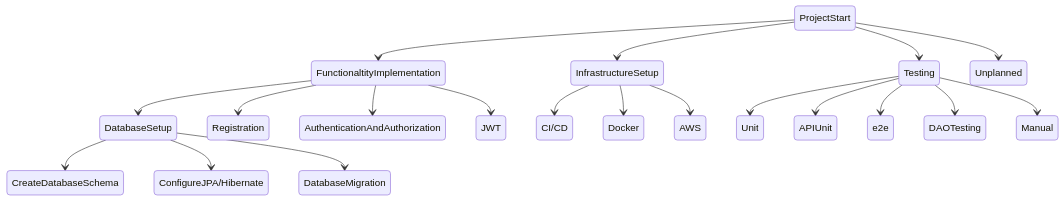
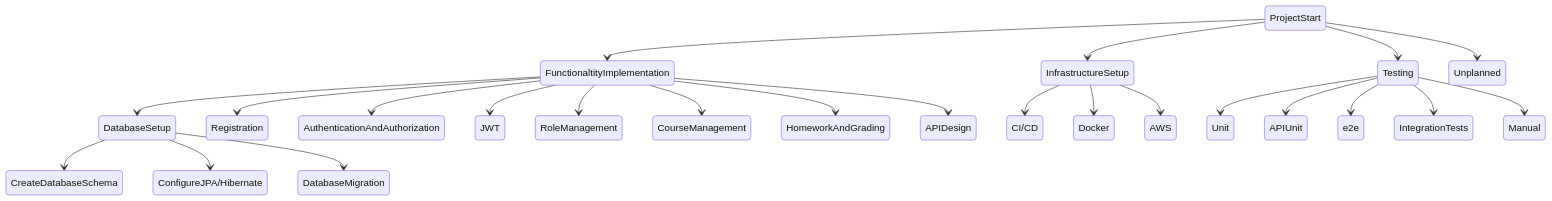
The diagram in README.md (RomanSulymka/CourseManagementSystem), drawn with Mermaid before and after one commit.

````diff
--- a/README.md
+++ b/README.md
@@ -6,23 +6,27 @@
 ```mermaid
 stateDiagram
     ProjectStart --> FunctionaltityImplementation
     FunctionaltityImplementation --> DatabaseSetup
         DatabaseSetup --> CreateDatabaseSchema
         DatabaseSetup --> ConfigureJPA/Hibernate
         DatabaseSetup --> DatabaseMigration
     FunctionaltityImplementation --> Registration
     FunctionaltityImplementation --> AuthenticationAndAuthorization
     FunctionaltityImplementation --> JWT
+    FunctionaltityImplementation --> RoleManagement
+    FunctionaltityImplementation --> CourseManagement
+    FunctionaltityImplementation --> HomeworkAndGrading
+    FunctionaltityImplementation --> APIDesign
     ProjectStart --> InfrastructureSetup
         InfrastructureSetup --> CI/CD
         InfrastructureSetup --> Docker
         InfrastructureSetup --> AWS
     ProjectStart --> Testing
         Testing --> Unit
         Testing --> APIUnit
         Testing --> e2e
-        Testing --> DAOTesting
+        Testing --> IntegrationTests
         Testing --> Manual
     ProjectStart --> Unplanned
     
 ```
````
